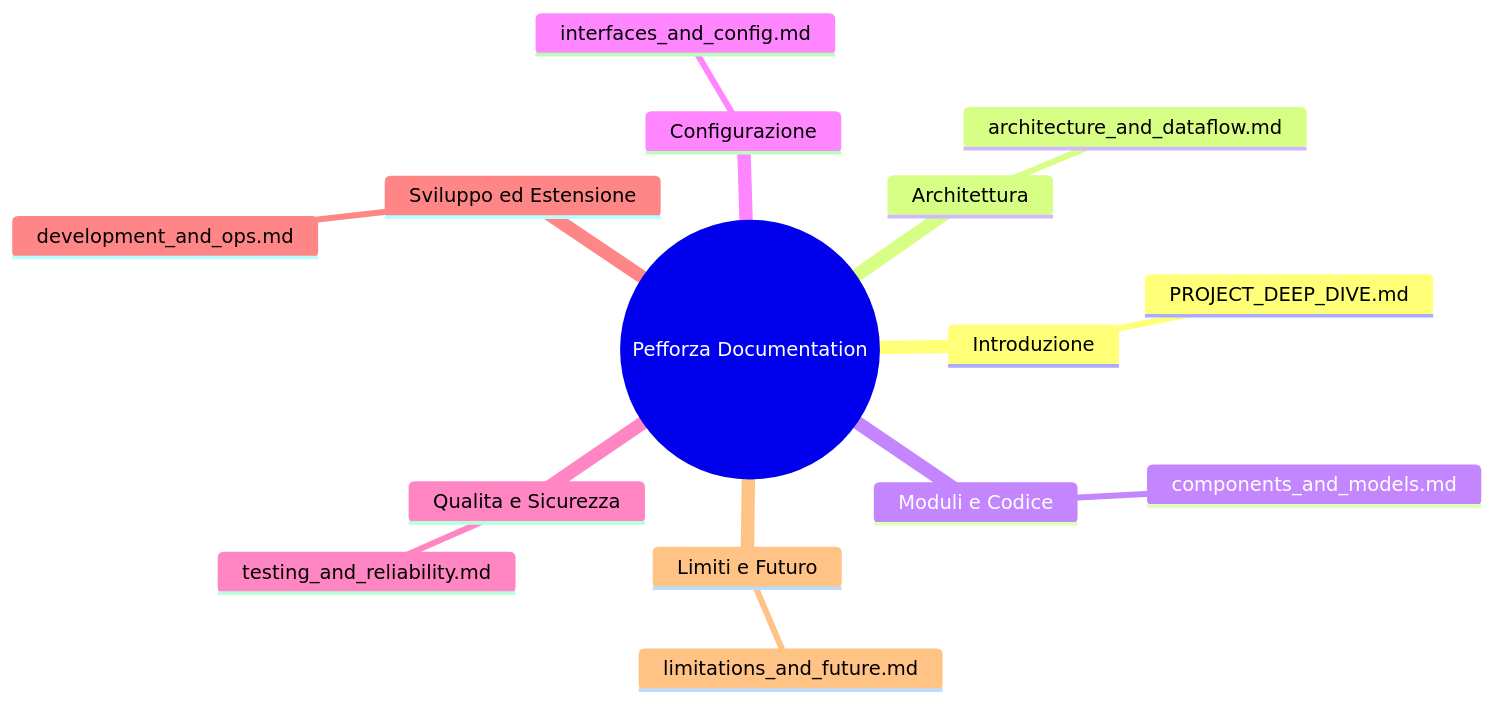
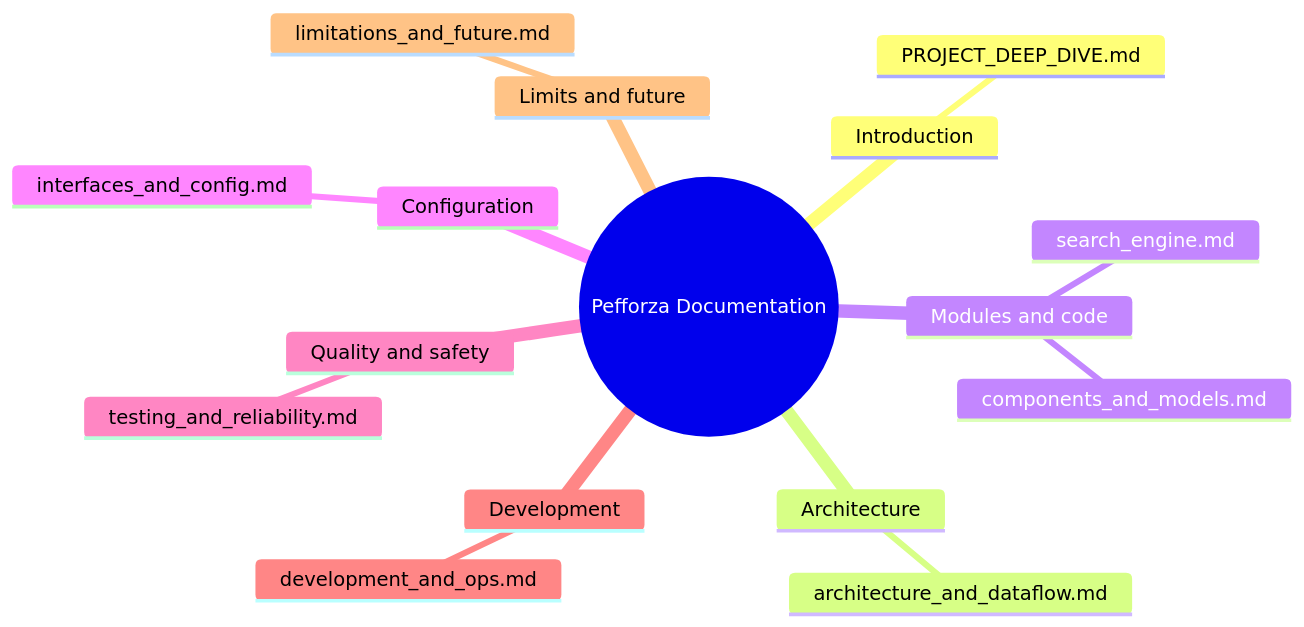
The diagram in docs/PROJECT_DEEP_DIVE.md (tzii/Pefforza_4), drawn with Mermaid before and after one commit. The commit also changed other lines of this file and 25 other files, not shown here.

````diff
--- a/docs/PROJECT_DEEP_DIVE.md
+++ b/docs/PROJECT_DEEP_DIVE.md
@@ -11,18 +13,19 @@
 ```mermaid
 mindmap
   root((Pefforza Documentation))
-    Introduzione
+    Introduction
       PROJECT_DEEP_DIVE.md
-    Architettura
+    Architecture
       architecture_and_dataflow.md
-    Moduli e Codice
+    Modules and code
       components_and_models.md
-    Configurazione
+      search_engine.md
+    Configuration
       interfaces_and_config.md
-    Qualita e Sicurezza
+    Quality and safety
       testing_and_reliability.md
-    Sviluppo ed Estensione
+    Development
       development_and_ops.md
-    Limiti e Futuro
+    Limits and future
       limitations_and_future.md
 ```
````
